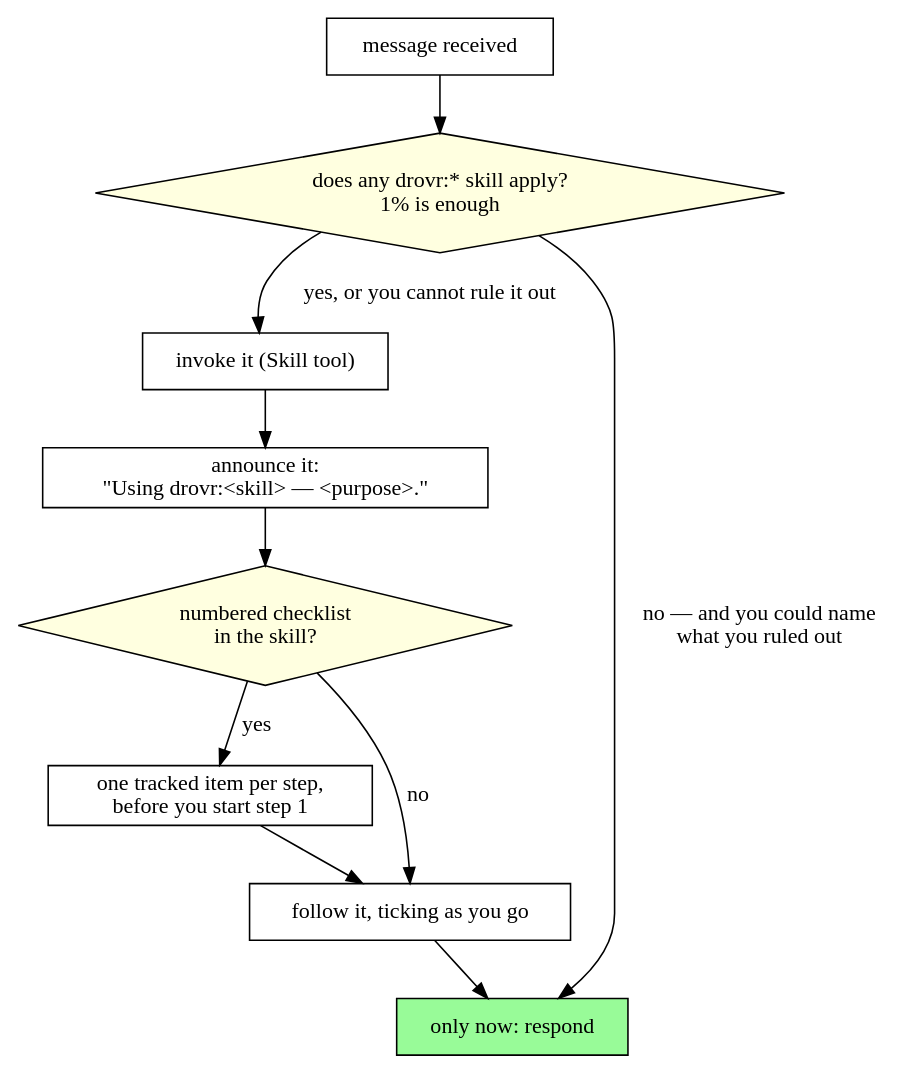
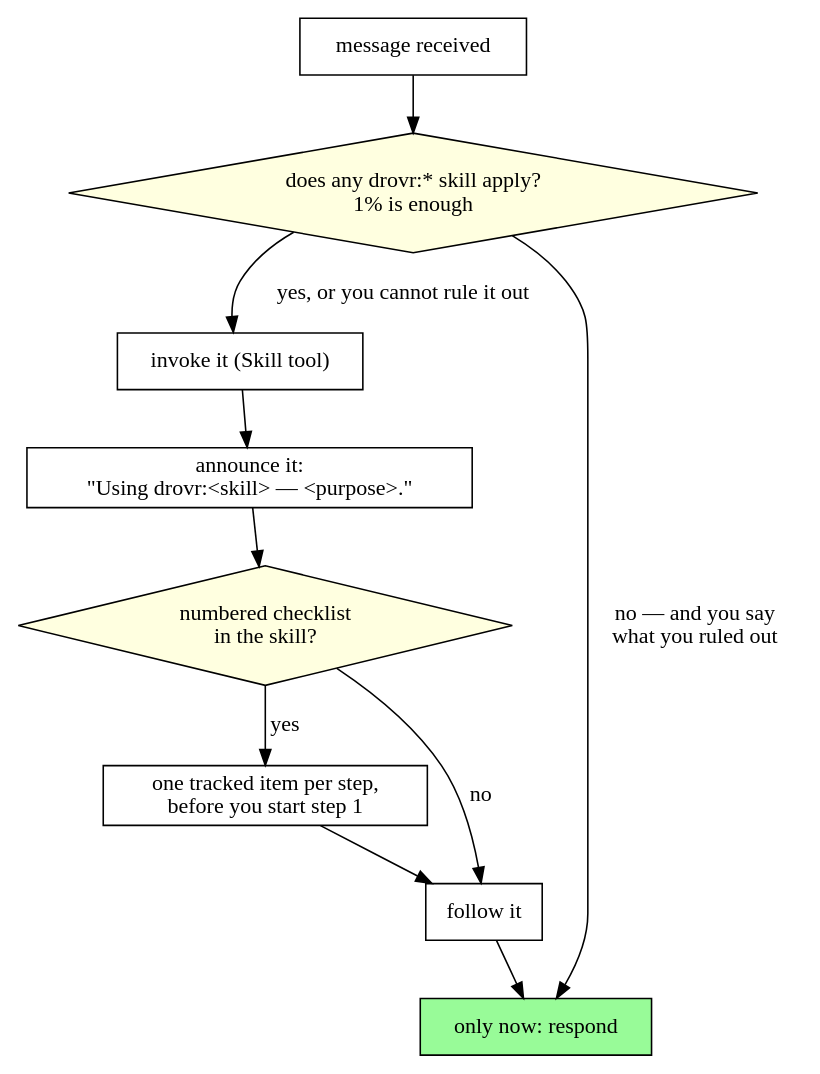
Before and after one commit to sauyon/drovr: the diagram in skills/using-drovr/SKILL.md, drawn with Graphviz. The commit also changed other lines of this file and 2 other files, not shown here.

````diff
--- a/skills/using-drovr/SKILL.md
+++ b/skills/using-drovr/SKILL.md
@@ -48,22 +48,22 @@
 ```dot
 digraph drovr_gate {
   rankdir=TB;
   node [shape=box, style=filled, fillcolor=white];
 
   msg [label="message received"];
   any [label="does any drovr:* skill apply?\n1% is enough", shape=diamond, fillcolor=lightyellow];
   inv [label="invoke it (Skill tool)"];
   say [label="announce it:\n\"Using drovr:<skill> — <purpose>.\""];
   chk [label="numbered checklist\nin the skill?", shape=diamond, fillcolor=lightyellow];
   trk [label="one tracked item per step,\nbefore you start step 1"];
-  fol [label="follow it, ticking as you go"];
+  fol [label="follow it"];
   rsp [label="only now: respond", fillcolor=palegreen];
 
   msg -> any;
   any -> inv [label="yes, or you cannot rule it out"];
-  any -> rsp [label="no — and you could name\nwhat you ruled out"];
+  any -> rsp [label="no — and you say\nwhat you ruled out"];
   inv -> say; say -> chk;
   chk -> trk [label="yes"]; chk -> fol [label="no"];
   trk -> fol; fol -> rsp;
 }
 ```
````
